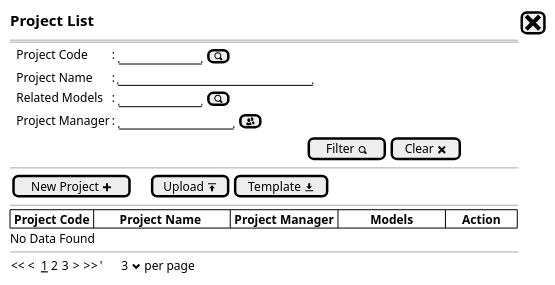
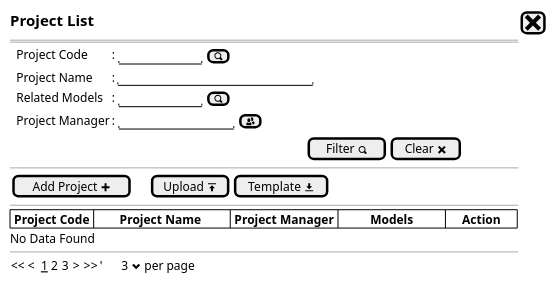
The diagram in Project/project - new step0.puml (ari-fikri/packing-cost-mockup), drawn with PlantUML before and after one commit. The commit also changed 2 other files, not shown here.

Commit message:
Change button caption into Add Project

```diff
--- a/Project/project - new step0.puml
+++ b/Project/project - new step0.puml
@@ -1,26 +1,26 @@
 @startsalt
 {
   <size:15><b>Project List|[<size:25><&x>]|*
   ==
   {
     .|Project Code      |: {|"          "|[<&magnifying-glass>]|}*
     .|Project Name      |: |"                        "|*    
     .|Related Models    |: {|"          "| [<&magnifying-glass>]|}*
     .|Project Manager |: {|"              "|[<&people>]|}*
   }
   {|                                                                                              |[Filter <&magnifying-glass>]|[Clear <&x>]|}
   --
   {
-  [New Project <&plus>]|.|.|.|[Upload <&data-transfer-upload>]| [Template <&data-transfer-download>]|*
+    [Add Project <&plus>]|.|.|.|[Upload <&data-transfer-upload>]| [Template <&data-transfer-download>]|*
   }
   --
   {#
     | <b>Project Code |        <b>Project Name         | <b>Project Manager |          <b>Models          |<b>     Action      |*|*|*
   }
   No Data Found
   --
   {
   << <  __1__ 2 3  > >>  |'      3 <&chevron-bottom> per page |*
   }
 }
 @endsalt
```
